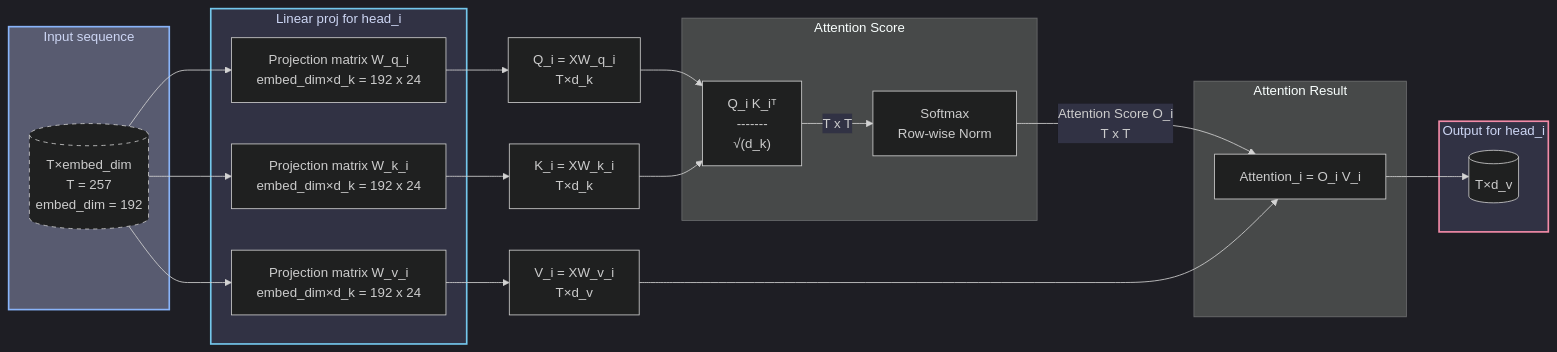
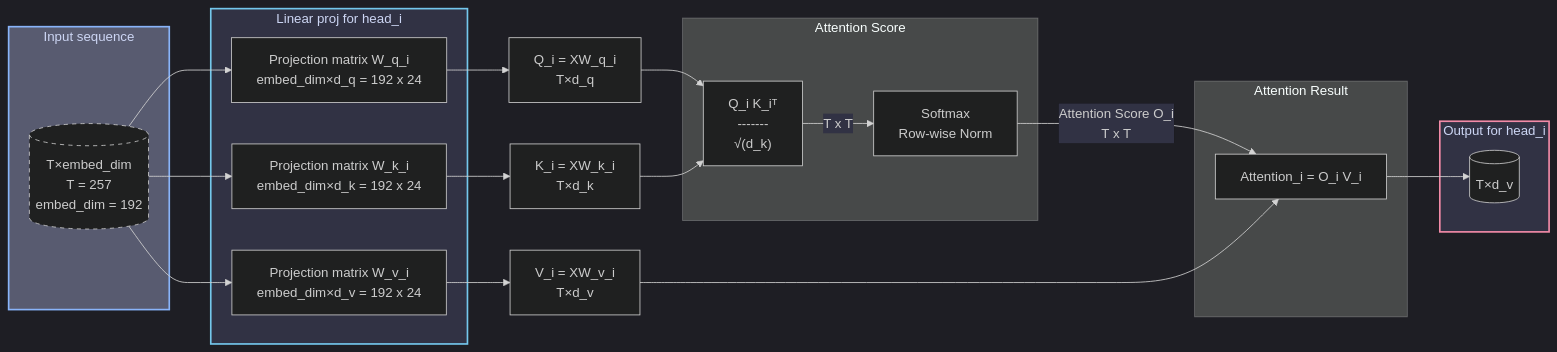
Before and after one commit to dicaeopolis/dicaeopolis.github.io: the eighth of 8 diagrams in docs/Image-models-replication.md, drawn with Mermaid. The commit also changed other lines of this file, not shown here.

````diff
--- a/docs/Image-models-replication.md
+++ b/docs/Image-models-replication.md
@@ -1572,62 +1573,62 @@
 ```mermaid
 %%{init: {'theme': 'dark', 'themeVariables': { 'darkMode': true, 'primaryColor': '#1e1e2e', 'edgeLabelBackground':'#313244', 'tertiaryColor': '#181825'}}}%%
 graph LR
     %% Styling definitions
     classDef box fill:#313244,stroke:#cdd6f4,stroke-width:2px,color:#cdd6f4,radius:8px;
     classDef input fill:#585b70,stroke:#89b4fa,stroke-width:2px,color:#cdd6f4;
     classDef transform fill:#313244,stroke:#74c7ec,stroke-width:2px,color:#cdd6f4;
     classDef attention fill:#313244,stroke:#f5c2e7,stroke-width:2px,color:#cdd6f4;
     classDef output fill:#313244,stroke:#f38ba8,stroke-width:2px,color:#cdd6f4;
 
     %% Input
     subgraph Input["Input sequence"]
         A[("T×embed_dim<br>T = 257<br>embed_dim = 192")]
     end
     class Input input;
 
     %% Linear Transformations
     subgraph Transformations["Linear proj for head_i"]
-        B["Projection matrix W_q_i<br> embed_dim×d_k = 192 x 24"]
+        B["Projection matrix W_q_i<br> embed_dim×d_q = 192 x 24"]
         C["Projection matrix W_k_i<br> embed_dim×d_k = 192 x 24"]
-        D["Projection matrix W_v_i<br> embed_dim×d_k = 192 x 24"]
+        D["Projection matrix W_v_i<br> embed_dim×d_v = 192 x 24"]
     end
     A --> B
     A --> C
     A --> D
     class Transformations transform;
 
     %% Transformed Representations
-    E["Q_i = XW_q_i<br>T×d_k"]
+    E["Q_i = XW_q_i<br>T×d_q"]
     F["K_i = XW_k_i<br>T×d_k"]
     G["V_i = XW_v_i<br>T×d_v"]
     
     B --> E
     C --> F
     D --> G
 
     %% Attention Score Calculation
     subgraph ScoreCalc["Attention Score"]
         H["Q_i K_iᵀ <br>-------<br> √(d_k)"]
         I["Softmax<br>Row-wise Norm"]
     end
     E --> H
     F --> H
     H -->|T x T| I
 
     %% Output Calculation
     subgraph OutputCalc["Attention Result"]
         J["Attention_i = O_i V_i"]
     end
     I -->|Attention Score O_i<br>T x T| J
     G --> J
 
     %% Output
     subgraph Output["Output for head_i"]
         K[("T×d_v")]
     end
     J --> K
     class Output output;
 
     %% Styling
     style A stroke-dasharray: 5 5
 ```
````
